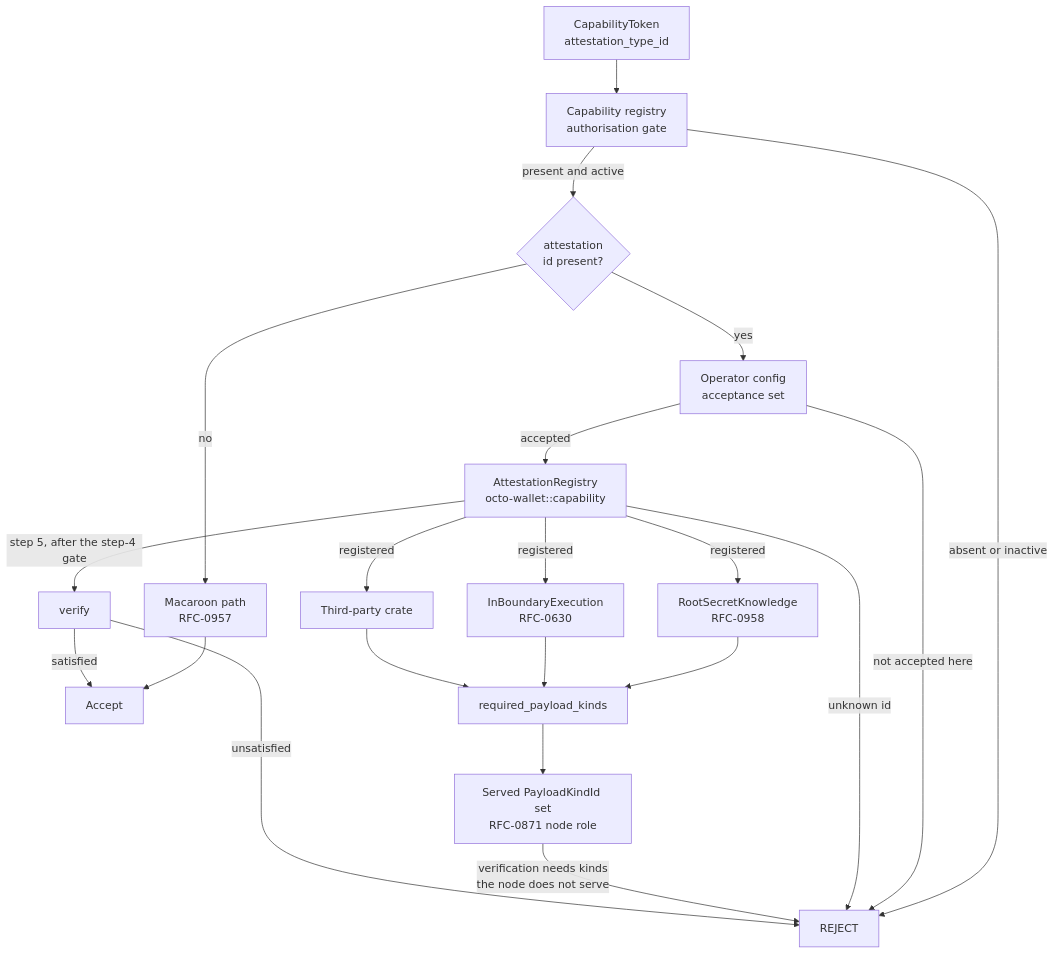
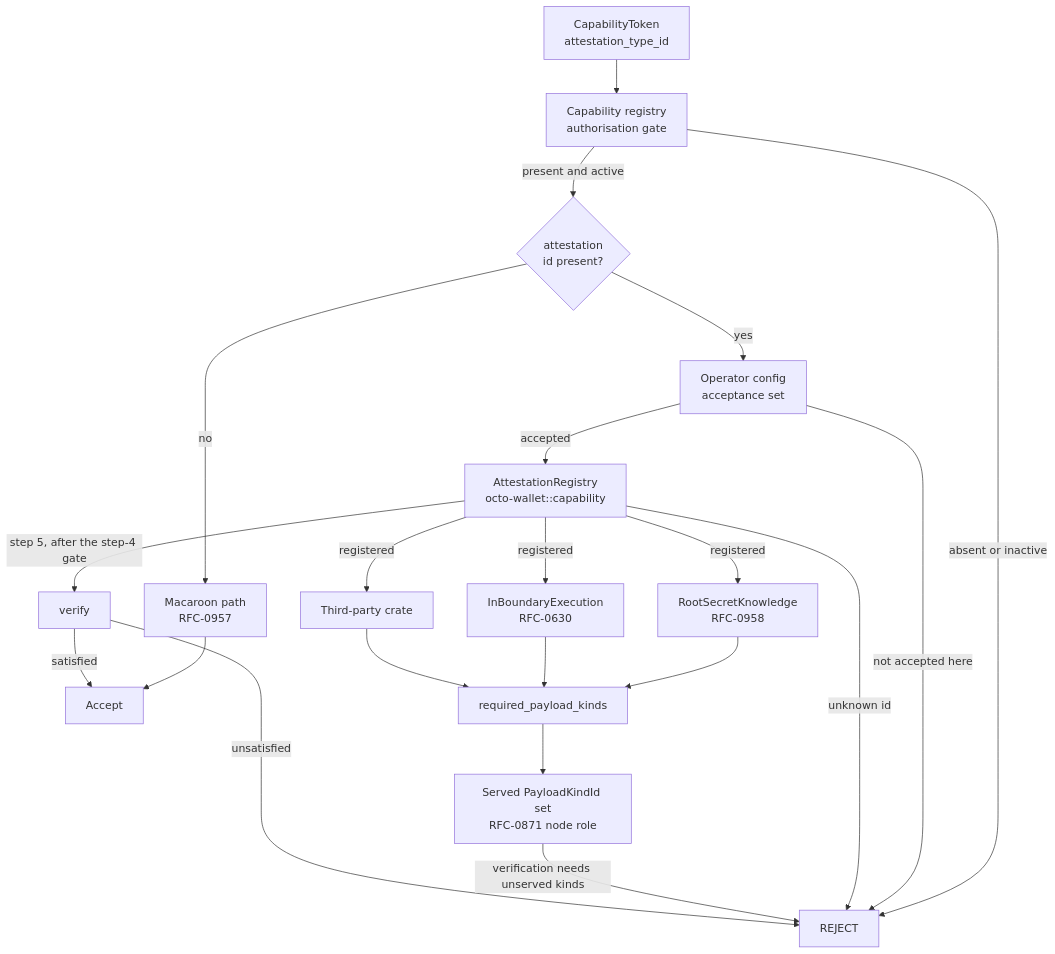
The diagram in rfcs/draft/economics/0973-pluggable-proof-attestation-for-capabilities.md (CipherOcto/cipherocto), drawn with Mermaid before and after one commit. The commit also changed other lines of this file, not shown here.

````diff
--- a/rfcs/draft/economics/0973-pluggable-proof-attestation-for-capabilities.md
+++ b/rfcs/draft/economics/0973-pluggable-proof-attestation-for-capabilities.md
@@ -143,23 +146,23 @@
 ```mermaid
 graph TD
     Token[CapabilityToken<br/>attestation_type_id] --> Iss[Capability registry<br/>authorisation gate]
     Iss -->|absent or inactive| Reject[REJECT]
     Iss -->|present and active| HasId{attestation<br/>id present?}
     HasId -->|no| Mac[Macaroon path<br/>RFC-0957]
     Mac --> Accept
     HasId -->|yes| Cfg[Operator config<br/>acceptance set]
     Cfg -->|not accepted here| Reject
     Cfg -->|accepted| Reg[AttestationRegistry<br/>octo-wallet::capability]
     Reg -->|unknown id| Reject
     Reg -->|registered| S1[RootSecretKnowledge<br/>RFC-0958]
     Reg -->|registered| S2[InBoundaryExecution<br/>RFC-0630]
     Reg -->|registered| S3[Third-party crate]
     S1 --> Req[required_payload_kinds]
     S2 --> Req
     S3 --> Req
     Req --> Kinds[Served PayloadKindId set<br/>RFC-0871 node role]
-    Kinds -->|verification needs kinds<br/>the node does not serve| Reject
+    Kinds -->|verification needs unserved kinds| Reject
     Reg -->|step 5, after the step-4 gate| Verify[verify]
     Verify -->|unsatisfied| Reject
     Verify -->|satisfied| Accept
 ```
````
